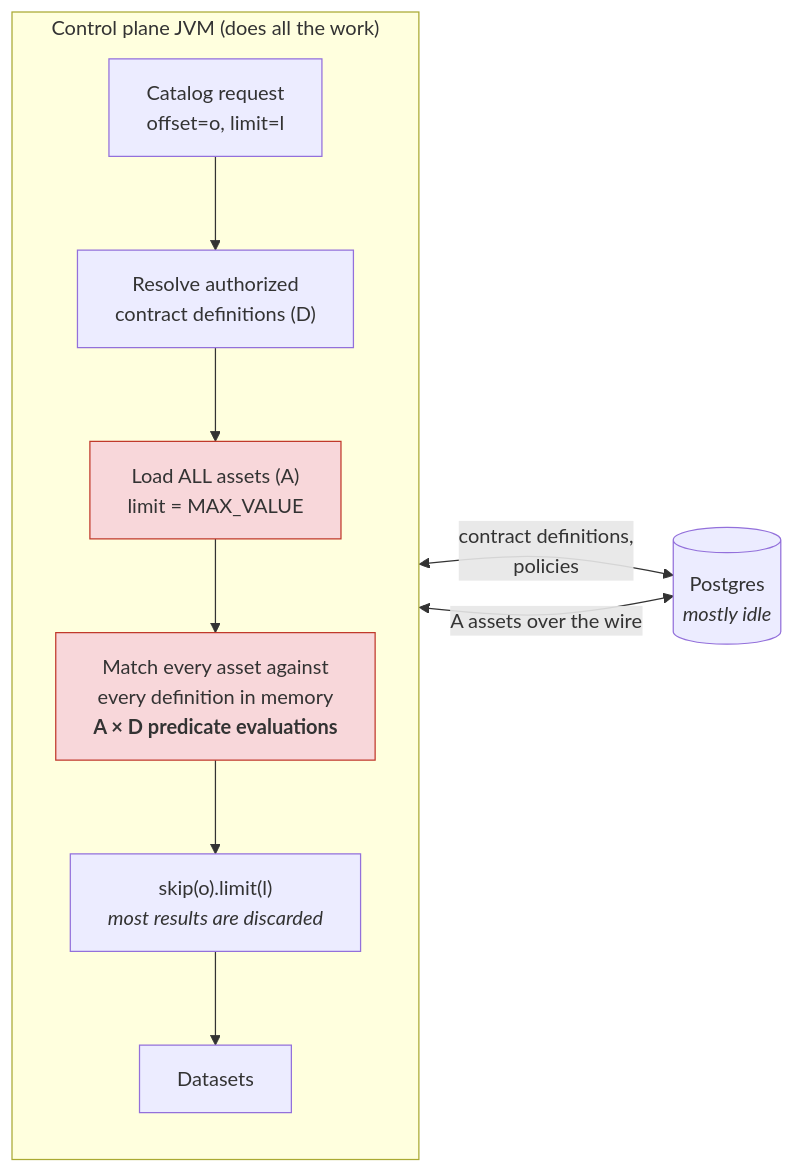
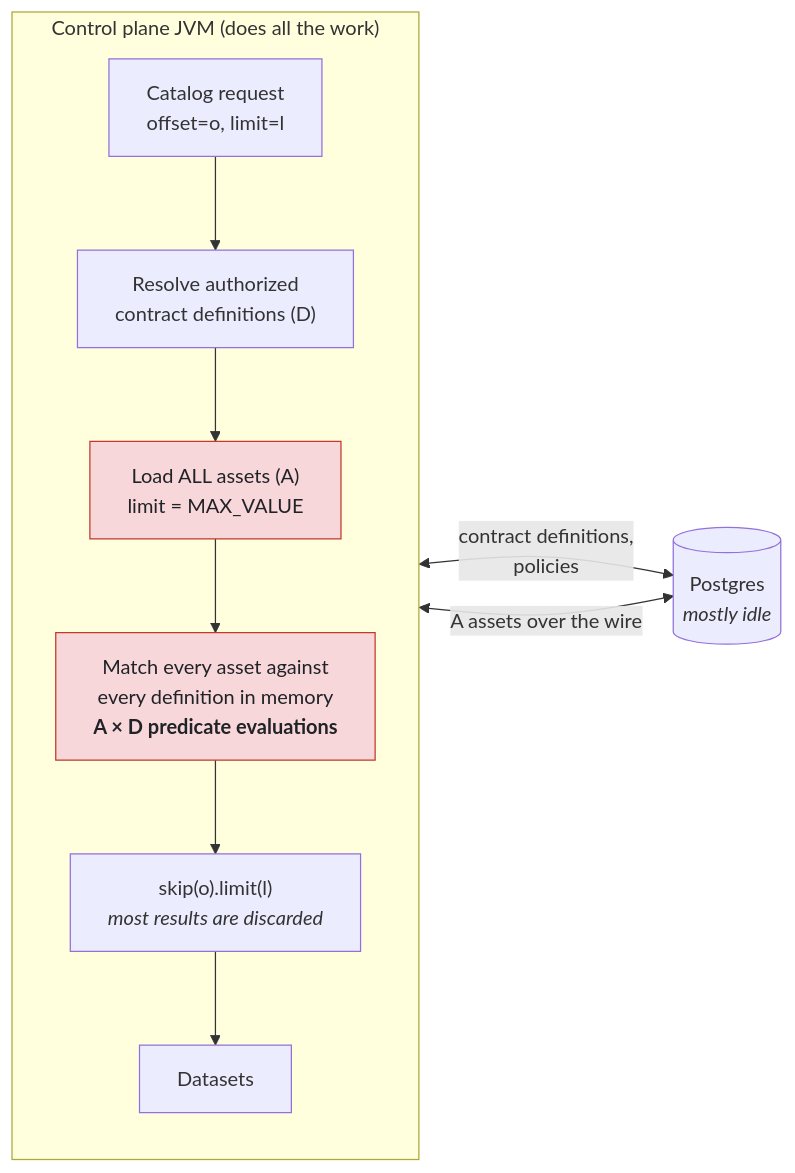
One commit to eclipse-tractusx/tractusx-edc changed the first of 7 diagrams in edc-extensions/catalog-scaling/docs/performance.md. Above: the diagram before and after it, drawn with Mermaid.

````diff
--- a/edc-extensions/catalog-scaling/docs/performance.md
+++ b/edc-extensions/catalog-scaling/docs/performance.md
@@ -47,17 +47,17 @@
 ```mermaid
 flowchart LR
     subgraph CP["Control plane JVM (does all the work)"]
         direction TB
         R["Catalog request<br/>offset=o, limit=l"] --> CDR["Resolve authorized<br/>contract definitions (D)"]
         CDR --> LOAD["Load ALL assets (A)<br/>limit = MAX_VALUE"]
         LOAD --> MATCH["Match every asset against<br/>every definition in memory<br/><b>A × D predicate evaluations</b>"]
         MATCH --> PAGE["skip(o).limit(l)<br/><i>most results are discarded</i>"]
         PAGE --> DS["Datasets"]
     end
     DB[("Postgres<br/><i>mostly idle</i>")]
     CDR <-->|"contract definitions,<br/>policies"| DB
     LOAD <-->|"A assets over the wire"| DB
 
-    style MATCH fill:#f8d7da,stroke:#c0392b
-    style LOAD fill:#f8d7da,stroke:#c0392b
+    style MATCH fill:#f8d7da,stroke:#c0392b,color:#1f2328
+    style LOAD fill:#f8d7da,stroke:#c0392b,color:#1f2328
 ```
````
